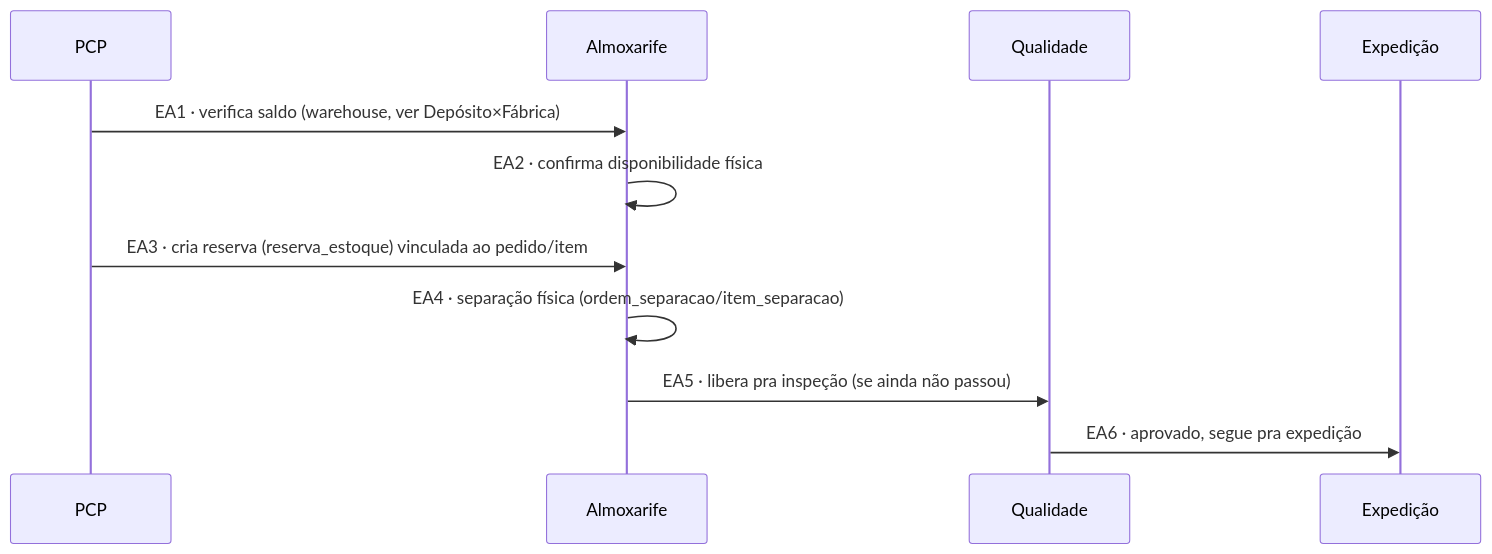
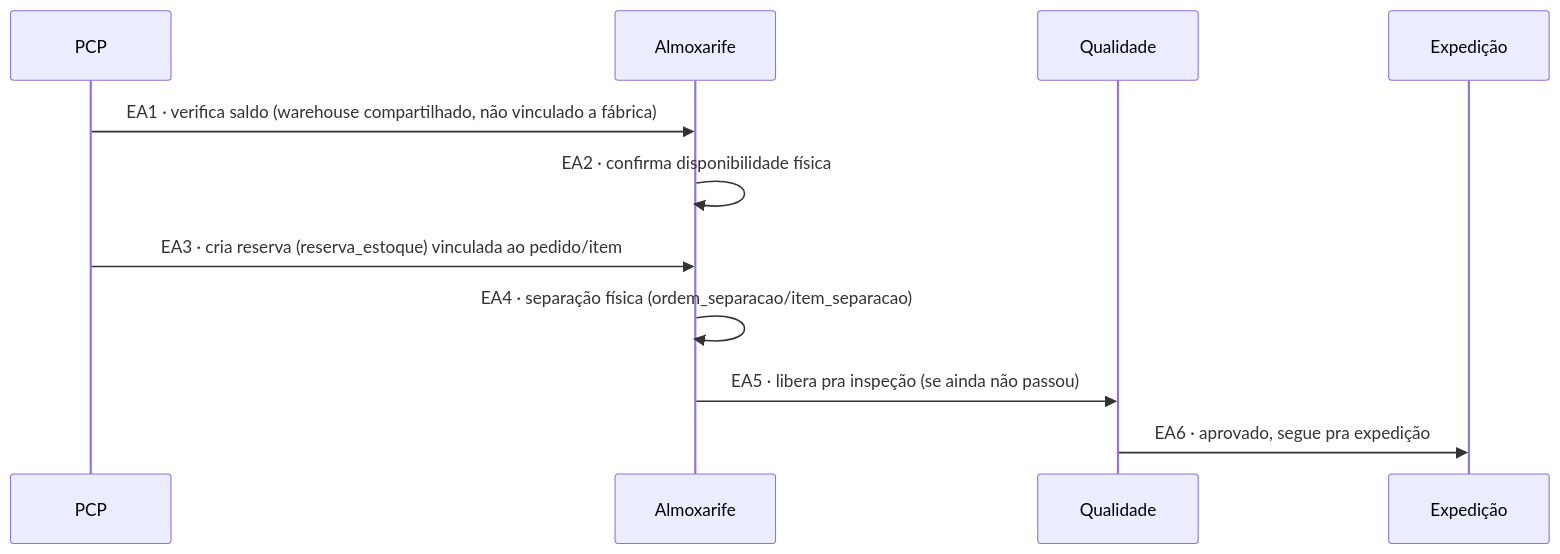
The first of 2 diagrams in 02-PRD-Estoque/Fluxo-Estoque-Completo.md (Acosvital/vault-avhub-mer), drawn with Mermaid before and after one commit. The commit also changed 23 other files, not shown here.

````diff
--- a/02-PRD-Estoque/Fluxo-Estoque-Completo.md
+++ b/02-PRD-Estoque/Fluxo-Estoque-Completo.md
@@ -25,14 +25,14 @@
 ```mermaid
 sequenceDiagram
     participant PCP
     participant Alm as Almoxarife
     participant Qual as Qualidade
     participant Exp as Expedição
 
-    PCP->>Alm: EA1 · verifica saldo (warehouse, ver Depósito×Fábrica)
+    PCP->>Alm: EA1 · verifica saldo (warehouse compartilhado, não vinculado a fábrica)
     Alm->>Alm: EA2 · confirma disponibilidade física
     PCP->>Alm: EA3 · cria reserva (reserva_estoque) vinculada ao pedido/item
     Alm->>Alm: EA4 · separação física (ordem_separacao/item_separacao)
     Alm->>Qual: EA5 · libera pra inspeção (se ainda não passou)
     Qual->>Exp: EA6 · aprovado, segue pra expedição
 ```
````
